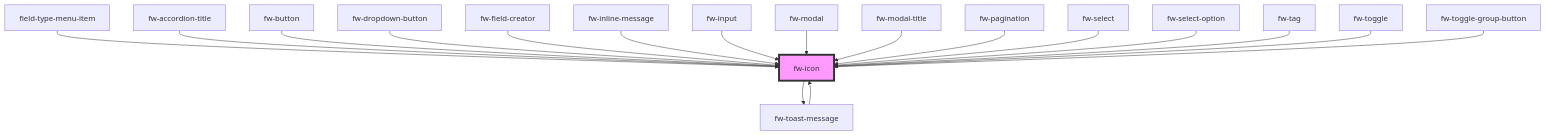
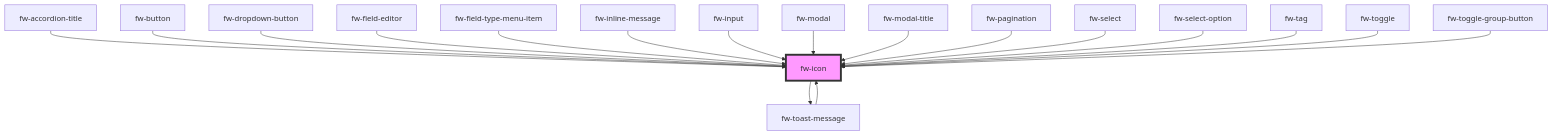
One commit to freshworks/crayons changed the diagram in packages/crayons-core/src/components/icon/readme.md. Above: the diagram before and after it, drawn with Mermaid. The commit also changed other lines of this file and 25 other files, not shown here.

````diff
--- a/packages/crayons-core/src/components/icon/readme.md
+++ b/packages/crayons-core/src/components/icon/readme.md
@@ -262,21 +262,21 @@
 ```mermaid
 graph TD;
   fw-icon --> fw-toast-message
   fw-toast-message --> fw-icon
-  field-type-menu-item --> fw-icon
   fw-accordion-title --> fw-icon
   fw-button --> fw-icon
   fw-dropdown-button --> fw-icon
-  fw-field-creator --> fw-icon
+  fw-field-editor --> fw-icon
+  fw-field-type-menu-item --> fw-icon
   fw-inline-message --> fw-icon
   fw-input --> fw-icon
   fw-modal --> fw-icon
   fw-modal-title --> fw-icon
   fw-pagination --> fw-icon
   fw-select --> fw-icon
   fw-select-option --> fw-icon
   fw-tag --> fw-icon
   fw-toggle --> fw-icon
   fw-toggle-group-button --> fw-icon
   style fw-icon fill:#f9f,stroke:#333,stroke-width:4px
 ```
````
